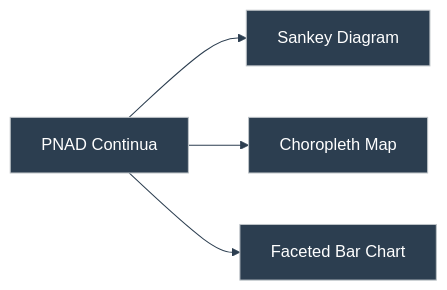
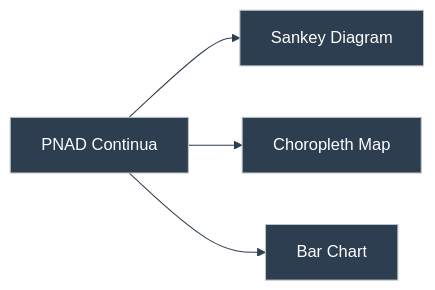
One commit to duducm2/my-personal-repo changed the sixth of 12 diagrams in portfolio/mermaid/diagrams.md. Above: the diagram before and after it, drawn with Mermaid. The commit also changed other lines of this file, not shown here.

Commit message:
Enhance Mermaid diagrams by adding new nodes for Python tests and Azure Cloud Infrastructure, and update Bar Chart label for consistency. Improve text formatting in prototype descriptions for better readability.

````diff
--- a/portfolio/mermaid/diagrams.md
+++ b/portfolio/mermaid/diagrams.md
@@ -112,11 +114,11 @@
 ```mermaid
 %%{init: {'theme': 'base', 'themeVariables': { 'primaryColor': '#2c3e50', 'primaryTextColor': '#fff', 'primaryBorderColor': '#bdc3c7', 'lineColor': '#2c3e50', 'fontFamily': 'Lato'}}}%%
 flowchart LR
   PNAD["PNAD Continua"]
   Sankey["Sankey Diagram"]
   Choropleth["Choropleth Map"]
-  Faceted["Faceted Bar Chart"]
+  Faceted["Bar Chart"]
   PNAD --> Sankey
   PNAD --> Choropleth
   PNAD --> Faceted
 ```
````
